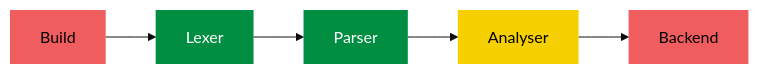
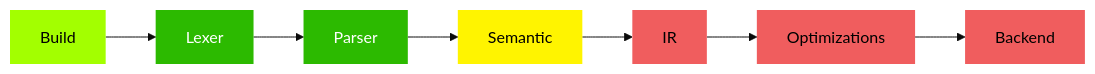
The diagram in README.md (renatopp/golden-lang), drawn with Mermaid (base theme) before and after one commit. The commit also changed other lines of this file and 1 other file, not shown here.

Commit message:
documentation

````diff
--- a/README.md
+++ b/README.md
@@ -12,17 +11,22 @@
 ```mermaid
 flowchart LR
 
-classDef uncertain fill:#F05D5E,color:black,stroke-width:0
-classDef fair fill:#F7D002,color:black,stroke-width:0
-classDef certain fill:#018E42,color:white,stroke-width:0
-build[Build]:::uncertain
-lexer[Lexer]:::certain
-parser[Parser]:::certain
-analyser[Analyser]:::fair
-backend[Backend]:::uncertain
+classDef notstarted fill:#F05D5E,color:black,stroke-width:0
+classDef temporary fill:#ffa700,color:black,stroke-width:0
+classDef experiment fill:#fff400,color:black,stroke-width:0
+classDef partial fill:#a3ff00,color:black,stroke-width:0
+classDef stable fill:#2cba00,color:white,stroke-width:0
+
+build[Build]:::partial
+lexer[Lexer]:::stable
+parser[Parser]:::stable
+semantic[Semantic]:::experiment
+ir[IR]:::notstarted
+opt[Optimizations]:::notstarted
+backend[Backend]:::notstarted
 
 build --> lexer
 lexer --> parser
-parser --> analyser
-analyser --> backend
+parser --> semantic
+semantic --> ir --> opt --> backend
 ```
````
